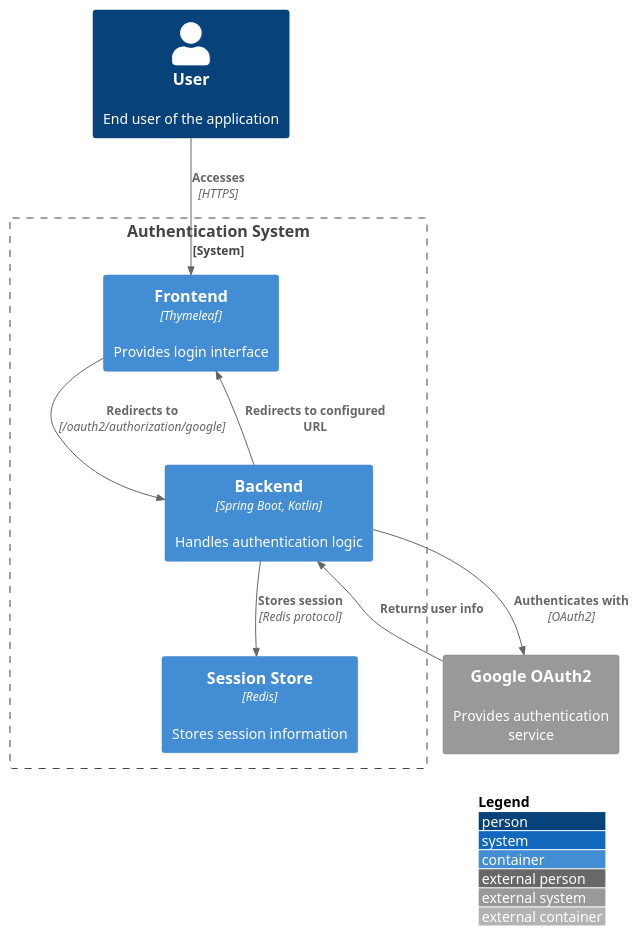
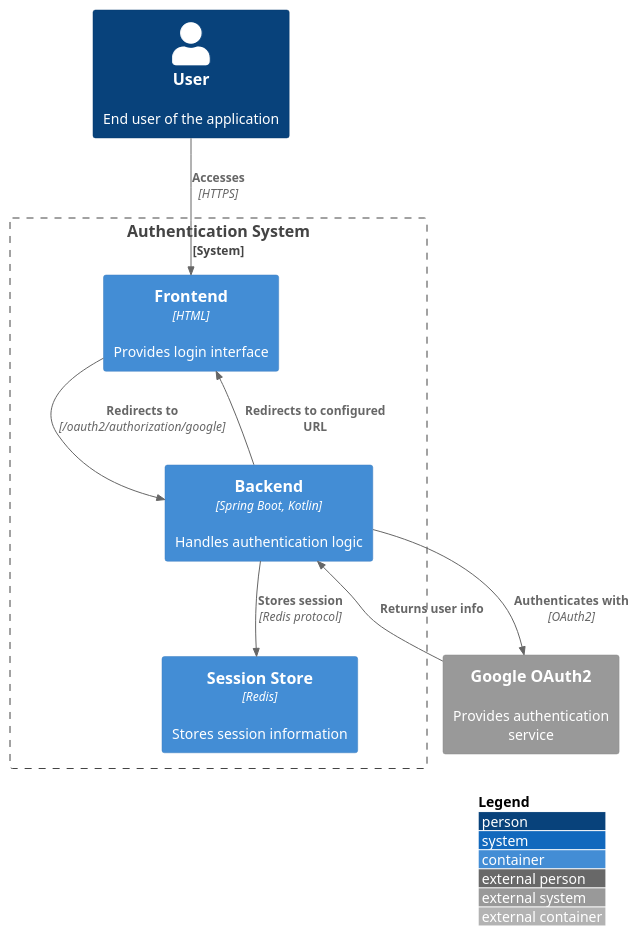
The diagram in screenshots/architecture.md (ktenman/auth), drawn with PlantUML before and after one commit. The commit also changed 29 other files, not shown here.

```diff
--- a/screenshots/architecture.md
+++ b/screenshots/architecture.md
@@ -1,22 +1,22 @@
 @startuml
 !include https://raw.githubusercontent.com/plantuml-stdlib/C4-PlantUML/master/C4_Container.puml
 
 LAYOUT_WITH_LEGEND()
 
 Person(user, "User", "End user of the application")
 
 System_Boundary(auth_system, "Authentication System") {
-Container(frontend, "Frontend", "Thymeleaf", "Provides login interface")
+Container(frontend, "Frontend", "HTML", "Provides login interface")
 Container(backend, "Backend", "Spring Boot, Kotlin", "Handles authentication logic")
 Container(redis, "Session Store", "Redis", "Stores session information")
 }
 
 System_Ext(google, "Google OAuth2", "Provides authentication service")
 
 Rel(user, frontend, "Accesses", "HTTPS")
 Rel(frontend, backend, "Redirects to", "/oauth2/authorization/google")
 Rel(backend, google, "Authenticates with", "OAuth2")
 Rel(google, backend, "Returns user info")
 Rel(backend, redis, "Stores session", "Redis protocol")
 Rel(backend, frontend, "Redirects to configured URL")
 @enduml
```
